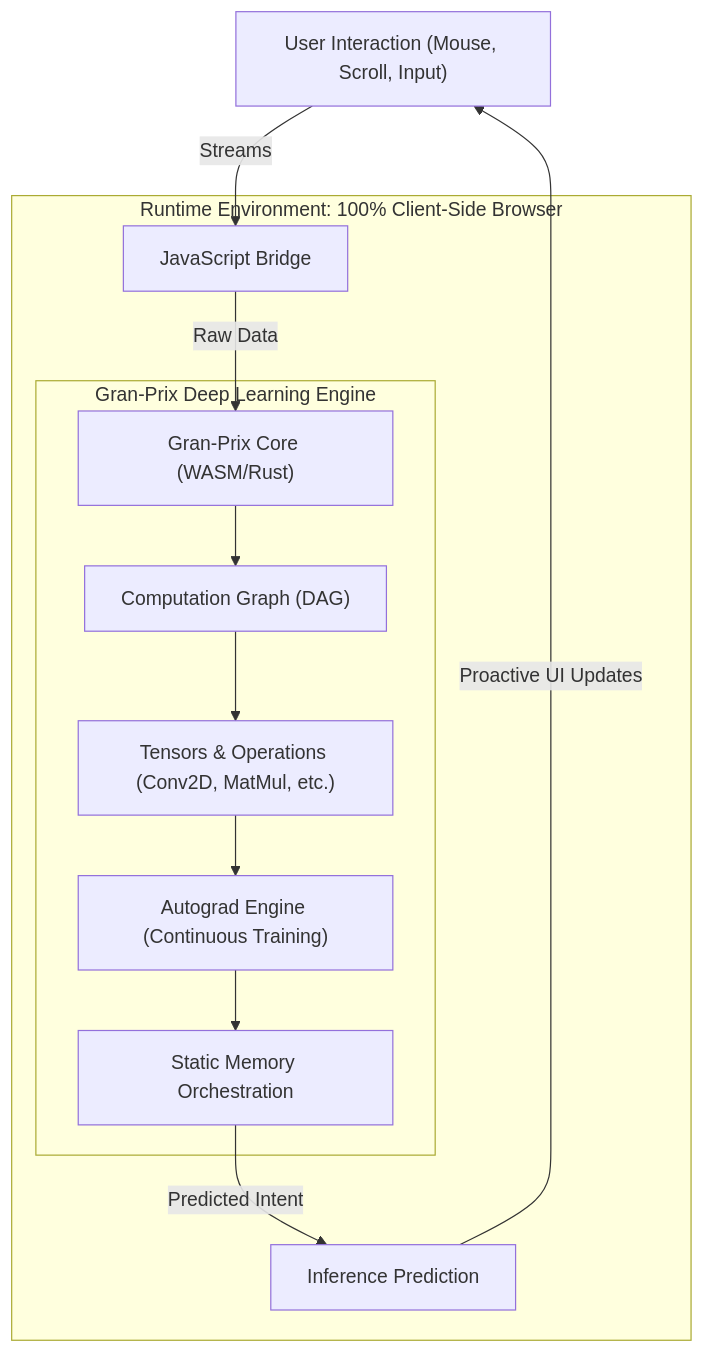
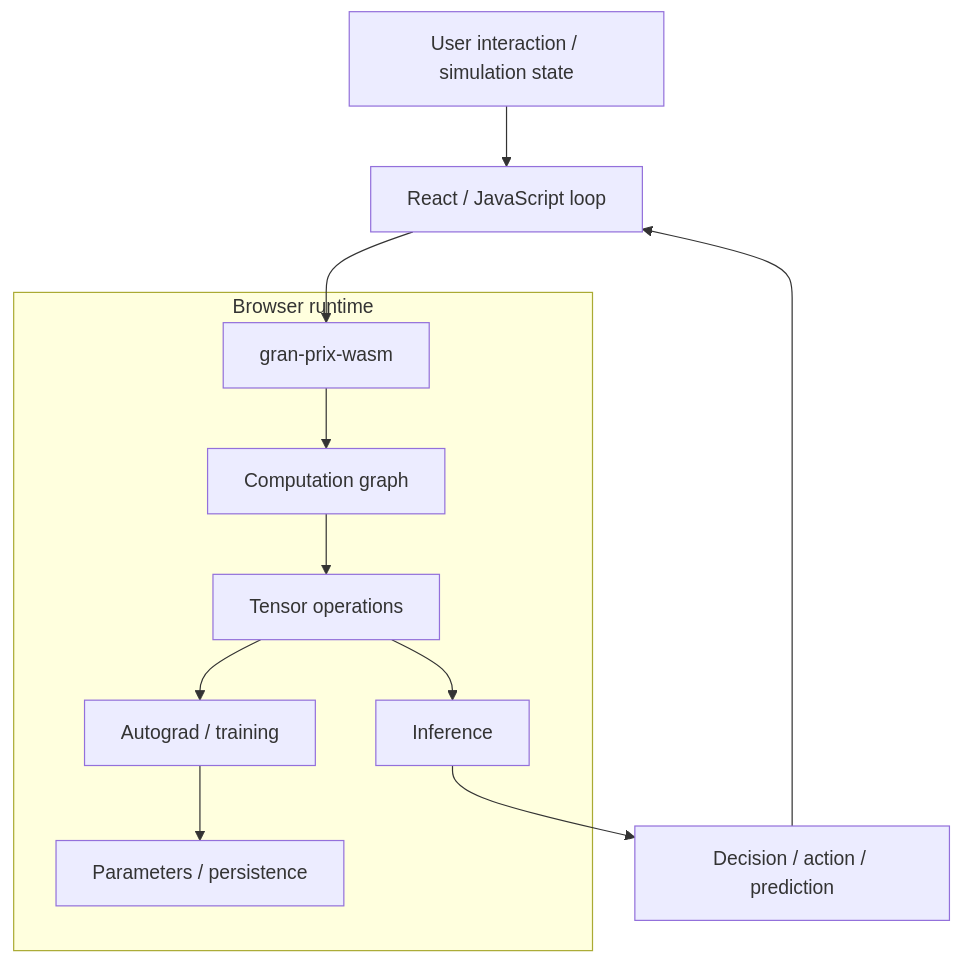
The diagram in README.md (felipe-santos/gran-prix), drawn with Mermaid before and after one commit. The commit also changed other lines of this file and 10 other files, not shown here.

````diff
--- a/README.md
+++ b/README.md
@@ -108,19 +84,16 @@
 ```mermaid
 graph TD
-    UserInteraction["User Interaction (Mouse, Scroll, Input)"] -->|Streams| JS_Bridge["JavaScript Bridge"]
-    
-    subgraph Browser["Runtime Environment: 100% Client-Side Browser"]
-        JS_Bridge -->|Raw Data| WASM_Module["Gran-Prix Core (WASM/Rust)"]
-        
-        subgraph Engine["Gran-Prix Deep Learning Engine"]
-            WASM_Module --> DAG["Computation Graph (DAG)"]
-            DAG --> Ops["Tensors & Operations (Conv2D, MatMul, etc.)"]
-            Ops --> Autograd["Autograd Engine (Continuous Training)"]
-            Autograd --> MemoryPlanner["Static Memory Orchestration"]
-        end
-        
-        MemoryPlanner -->|Predicted Intent| PredictResult["Inference Prediction"]
+    User["User interaction / simulation state"] --> JS["React / JavaScript loop"]
+    JS --> WASM["gran-prix-wasm"]
+
+    subgraph Browser["Browser runtime"]
+        WASM --> Graph["Computation graph"]
+        Graph --> Ops["Tensor operations"]
+        Ops --> Autograd["Autograd / training"]
+        Ops --> Inference["Inference"]
+        Autograd --> Params["Parameters / persistence"]
     end
-    
-    PredictResult -->|Proactive UI Updates| UserInteraction
+
+    Inference --> Decision["Decision / action / prediction"]
+    Decision --> JS
 ```
````
